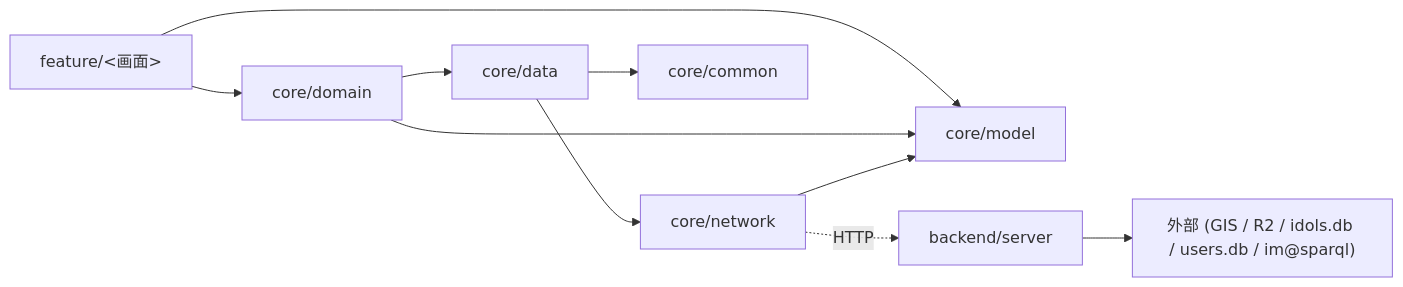
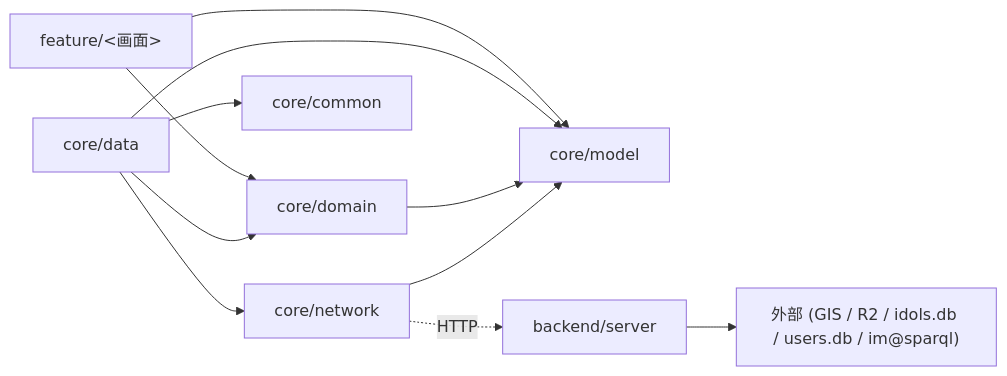
Before and after one commit to subroh0508/colormaster: the diagram in docs/architecture/layers.md, drawn with Mermaid. The commit also changed other lines of this file and 2 other files, not shown here.

First line of the commit message:
fix(docs/architecture): code-reviewer Critical 4 件反映

````diff
--- a/docs/architecture/layers.md
+++ b/docs/architecture/layers.md
@@ -37,21 +37,22 @@
 ```mermaid
 graph LR
     Feature["feature/<画面>"]
     Domain["core/domain"]
     Data["core/data"]
     Network["core/network"]
     Model["core/model"]
     Common["core/common"]
     Backend["backend/server"]
     External["外部 (GIS / R2 / idols.db / users.db / im@sparql)"]
 
     Feature --> Domain
     Feature --> Model
-    Domain --> Data
-    Domain --> Model
+    Data --> Domain
     Data --> Network
     Data --> Common
+    Data --> Model
+    Domain --> Model
     Network --> Model
     Network -.HTTP.-> Backend
     Backend --> External
 ```
````
